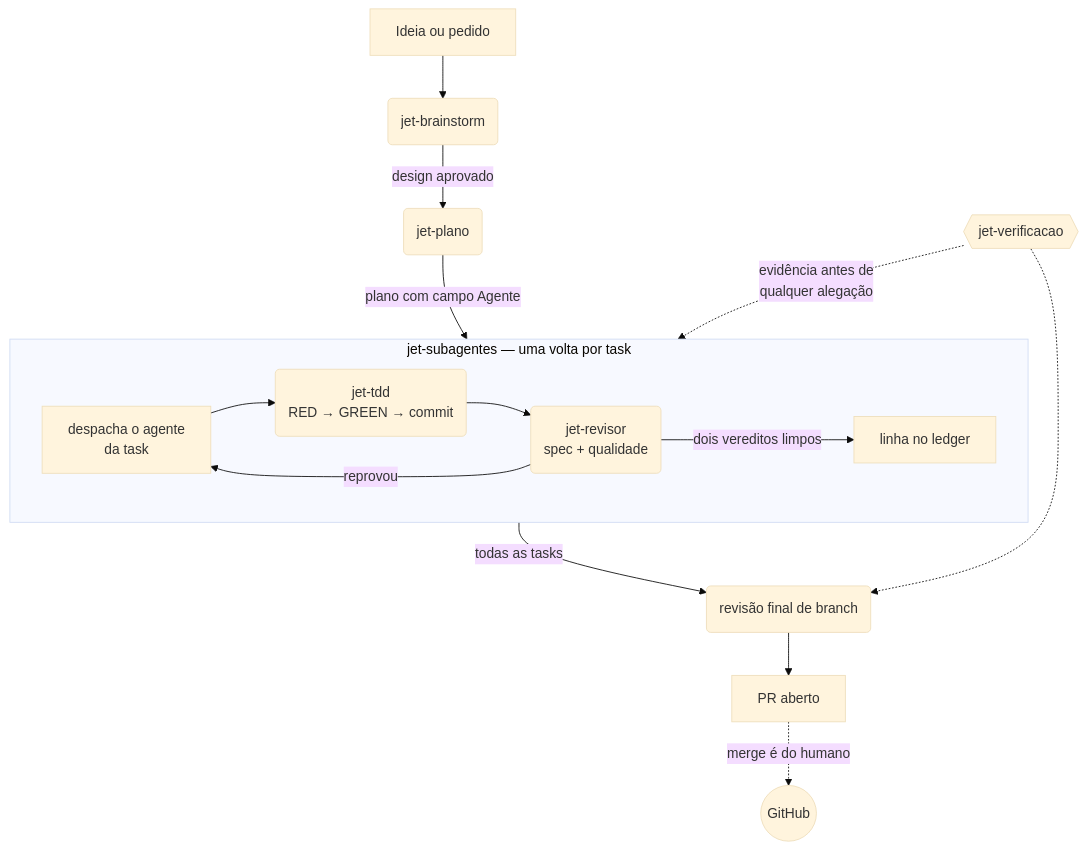
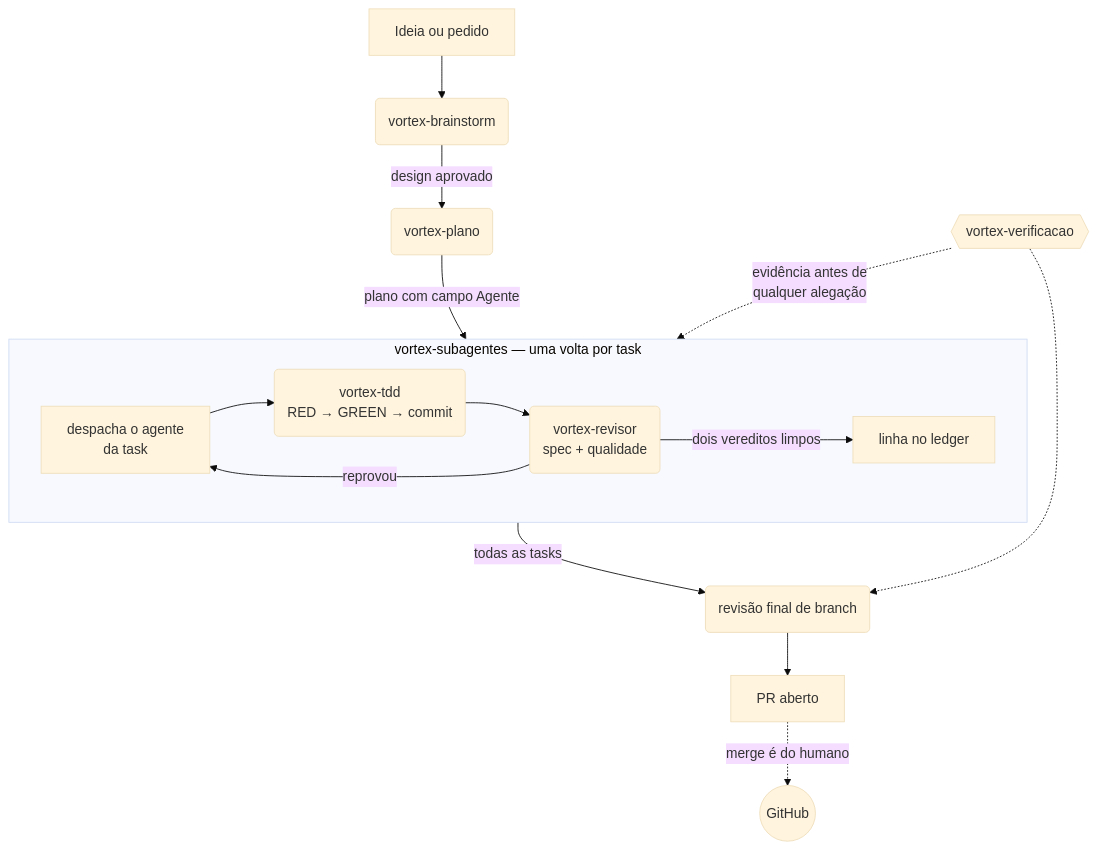
The diagram in README.md (luisfelipesb9/vortex-skills), drawn with Mermaid (base theme) before and after one commit. The commit also changed other lines of this file and 122 other files, not shown here.

First line of the commit message:
refactor!: renomeia jet para vortex em todo o sistema

````diff
--- a/README.md
+++ b/README.md
@@ -75,21 +75,21 @@
 ```mermaid
 flowchart TB
-    I[Ideia ou pedido] --> B(jet-brainstorm)
-    B -->|design aprovado| P(jet-plano)
+    I[Ideia ou pedido] --> B(vortex-brainstorm)
+    B -->|design aprovado| P(vortex-plano)
     P -->|plano com campo Agente| S
 
-    subgraph S["jet-subagentes — uma volta por task"]
+    subgraph S["vortex-subagentes — uma volta por task"]
         direction LR
-        D[despacha o agente<br/>da task] --> T(jet-tdd<br/>RED → GREEN → commit)
-        T --> R(jet-revisor<br/>spec + qualidade)
+        D[despacha o agente<br/>da task] --> T(vortex-tdd<br/>RED → GREEN → commit)
+        T --> R(vortex-revisor<br/>spec + qualidade)
         R -->|reprovou| D
         R -->|dois vereditos limpos| L[linha no ledger]
     end
 
     S -->|todas as tasks| F(revisão final de branch)
     F --> PR[PR aberto]
     PR -.->|merge é do humano| M((GitHub))
 
-    V{{jet-verificacao}} -.->|evidência antes de<br/>qualquer alegação| S
+    V{{vortex-verificacao}} -.->|evidência antes de<br/>qualquer alegação| S
     V -.-> F
 ```
````
